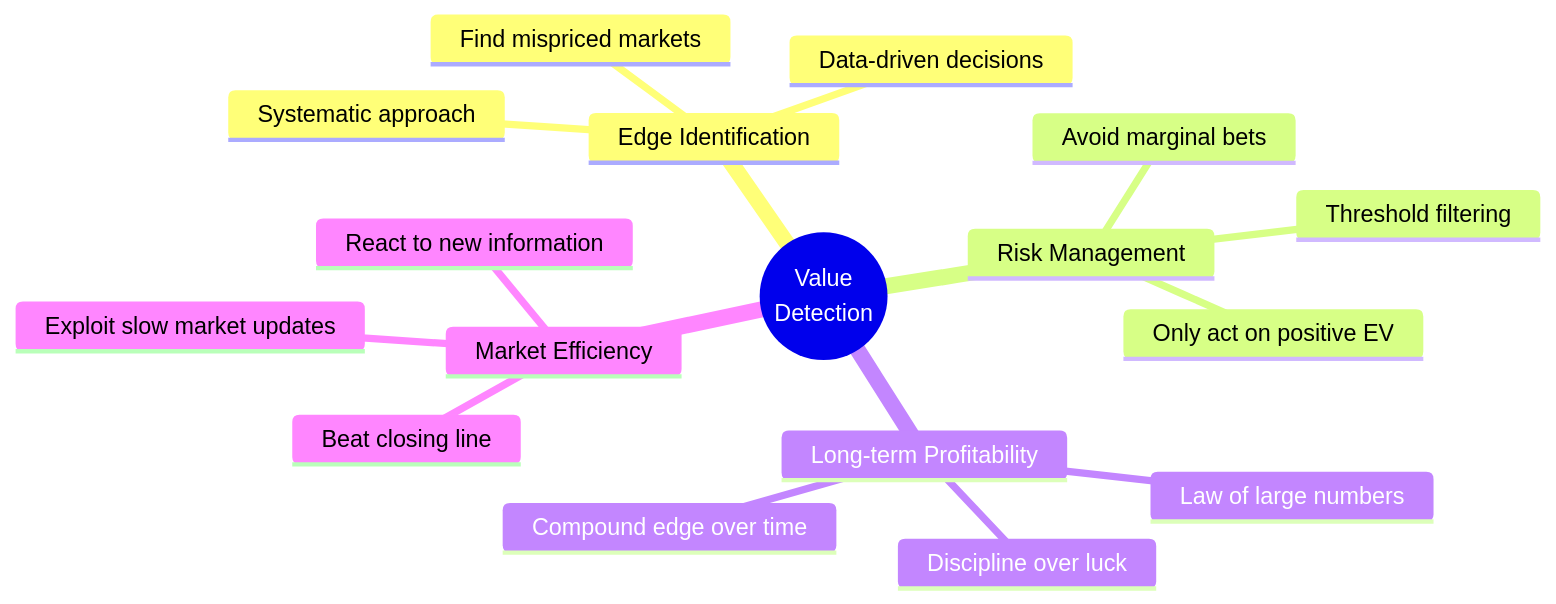
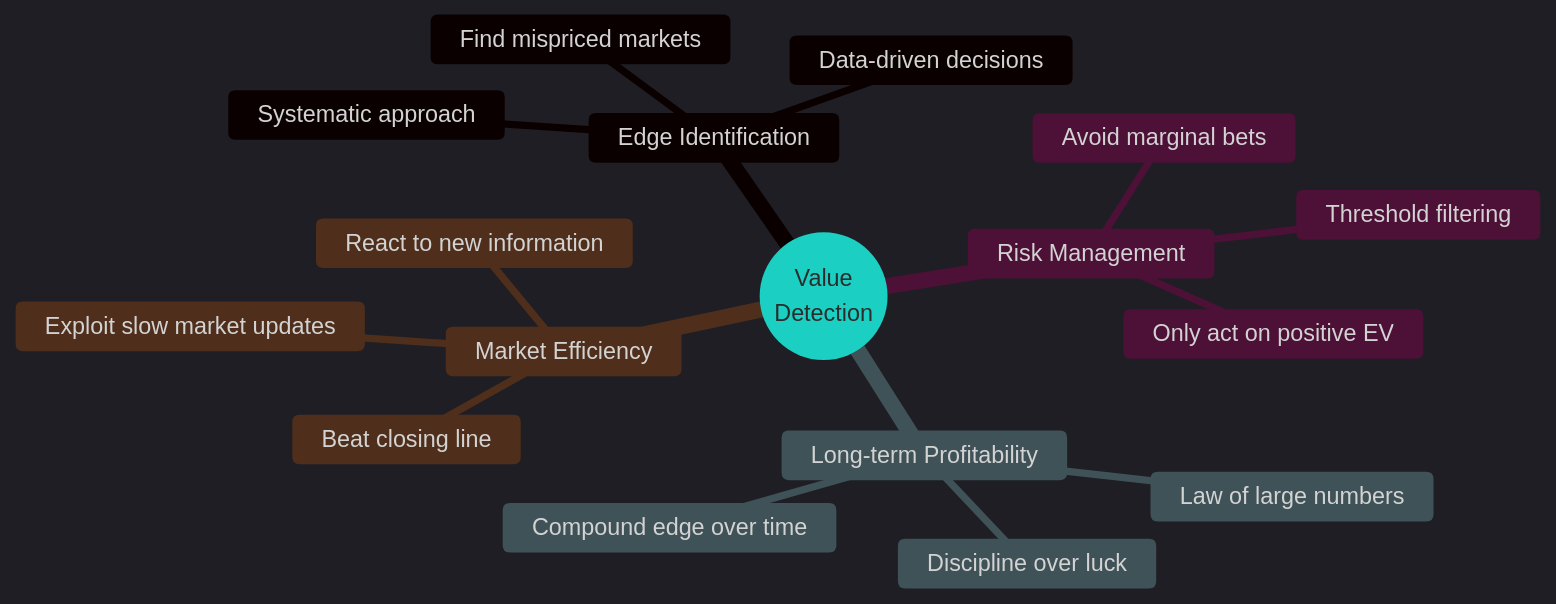
The seventh of 7 diagrams in visualizations/06-value-detection.md (oscgonz19/football-probabilities-ml-poisson-case-study), drawn with Mermaid before and after one commit.

Commit message:
Enhance value detection section with mermaid diagram
Added a mermaid diagram for value detection insights.

````diff
--- a/visualizations/06-value-detection.md
+++ b/visualizations/06-value-detection.md
@@ -311,22 +311,41 @@
 ```mermaid
+%%{init: {
+  "theme": "dark",
+  "themeVariables": {
+    "primaryColor": "#0f172a",
+    "primaryTextColor": "#e5e7eb",
+    "primaryBorderColor": "#e5e7eb",
+
+    "secondaryColor": "#0f766e",
+    "secondaryTextColor": "#ecfdf5",
+    "secondaryBorderColor": "#ecfdf5",
+
+    "tertiaryColor": "#1e293b",
+    "tertiaryTextColor": "#e5e7eb",
+    "tertiaryBorderColor": "#94a3b8",
+
+    "lineColor": "#64748b"
+  }
+}}%%
 mindmap
   root((Value<br/>Detection))
     Edge Identification
       Find mispriced markets
       Systematic approach
       Data-driven decisions
     Risk Management
       Only act on positive EV
       Threshold filtering
       Avoid marginal bets
     Long-term Profitability
       Law of large numbers
       Compound edge over time
       Discipline over luck
     Market Efficiency
       Exploit slow market updates
       React to new information
       Beat closing line
 
 
+
 ```
````
